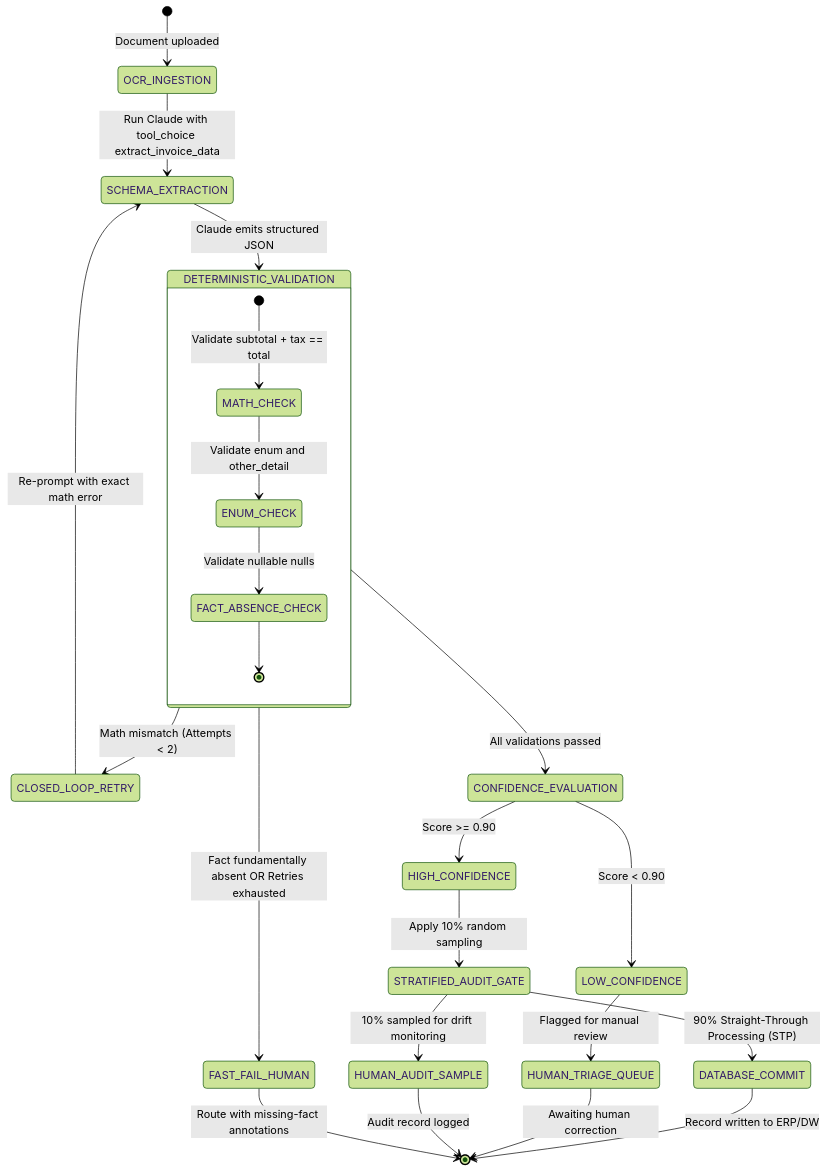
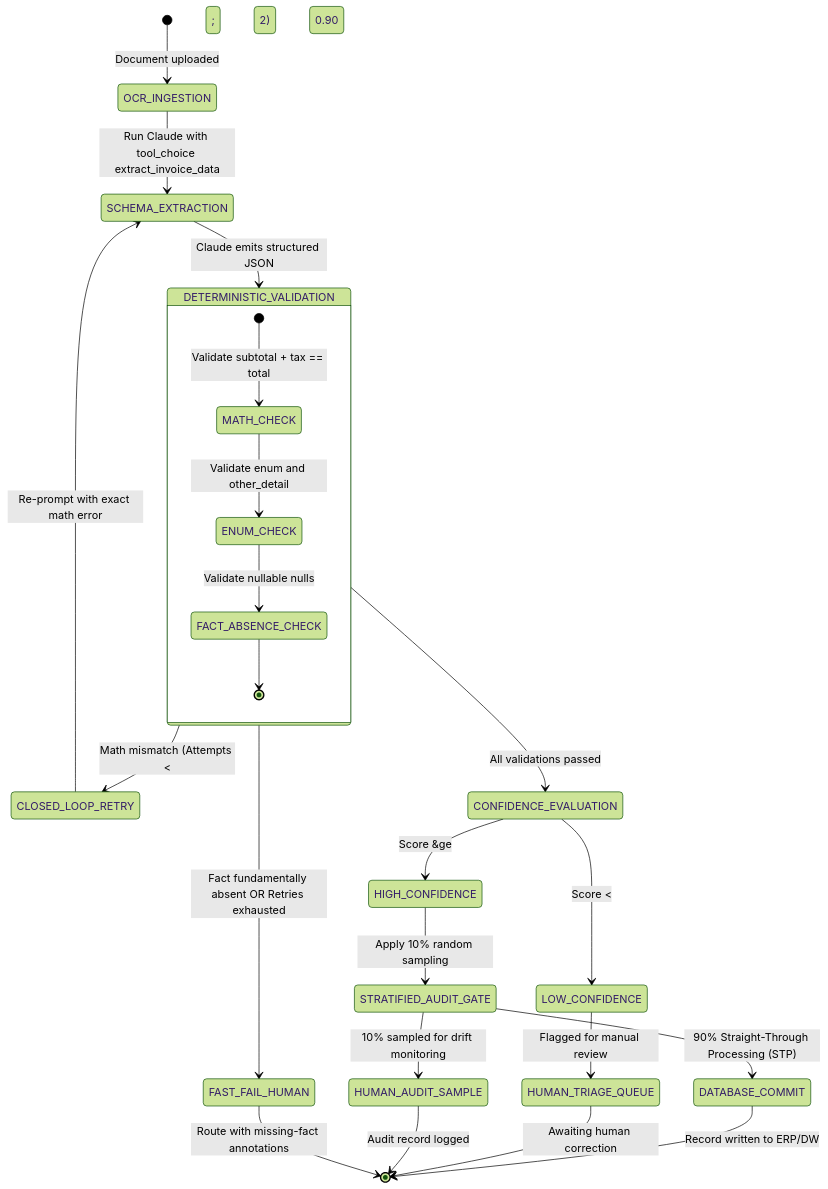
Before and after one commit to dip4k/claude_cert_architect_foundation_prep: the third of 3 diagrams in scenarios/scenario_6_structured_data_extraction/SCENARIO_GUIDE.md, drawn with Mermaid (forest theme). The commit also changed other lines of this file and 31 other files, not shown here.

First line of the commit message:
docs(diagrams): fix GitHub Mermaid rendering cut-off, wrappingWidth, and entity escapes across all 32 docs

````diff
--- a/scenarios/scenario_6_structured_data_extraction/SCENARIO_GUIDE.md
+++ b/scenarios/scenario_6_structured_data_extraction/SCENARIO_GUIDE.md
@@ -347,35 +347,35 @@
 ```mermaid
 stateDiagram-v2
     [*] --> OCR_INGESTION: Document uploaded
     OCR_INGESTION --> SCHEMA_EXTRACTION: Run Claude with tool_choice extract_invoice_data
     
     SCHEMA_EXTRACTION --> DETERMINISTIC_VALIDATION: Claude emits structured JSON
     
     state DETERMINISTIC_VALIDATION {
         [*] --> MATH_CHECK: Validate subtotal + tax == total
         MATH_CHECK --> ENUM_CHECK: Validate enum and other_detail
         ENUM_CHECK --> FACT_ABSENCE_CHECK: Validate nullable nulls
         FACT_ABSENCE_CHECK --> [*]
     }
     
-    DETERMINISTIC_VALIDATION --> CLOSED_LOOP_RETRY: Math mismatch (Attempts < 2)
+    DETERMINISTIC_VALIDATION --> CLOSED_LOOP_RETRY: Math mismatch (Attempts &lt; 2)
     CLOSED_LOOP_RETRY --> SCHEMA_EXTRACTION: Re-prompt with exact math error
     
     DETERMINISTIC_VALIDATION --> FAST_FAIL_HUMAN: Fact fundamentally absent OR Retries exhausted
     
     DETERMINISTIC_VALIDATION --> CONFIDENCE_EVALUATION: All validations passed
     
-    CONFIDENCE_EVALUATION --> HIGH_CONFIDENCE: Score >= 0.90
-    CONFIDENCE_EVALUATION --> LOW_CONFIDENCE: Score < 0.90
+    CONFIDENCE_EVALUATION --> HIGH_CONFIDENCE: Score &ge; 0.90
+    CONFIDENCE_EVALUATION --> LOW_CONFIDENCE: Score &lt; 0.90
     
     LOW_CONFIDENCE --> HUMAN_TRIAGE_QUEUE: Flagged for manual review
     
     HIGH_CONFIDENCE --> STRATIFIED_AUDIT_GATE: Apply 10% random sampling
     STRATIFIED_AUDIT_GATE --> HUMAN_AUDIT_SAMPLE: 10% sampled for drift monitoring
     STRATIFIED_AUDIT_GATE --> DATABASE_COMMIT: 90% Straight-Through Processing (STP)
     
     DATABASE_COMMIT --> [*]: Record written to ERP/DW
     HUMAN_TRIAGE_QUEUE --> [*]: Awaiting human correction
     HUMAN_AUDIT_SAMPLE --> [*]: Audit record logged
     FAST_FAIL_HUMAN --> [*]: Route with missing-fact annotations
 ```
````
